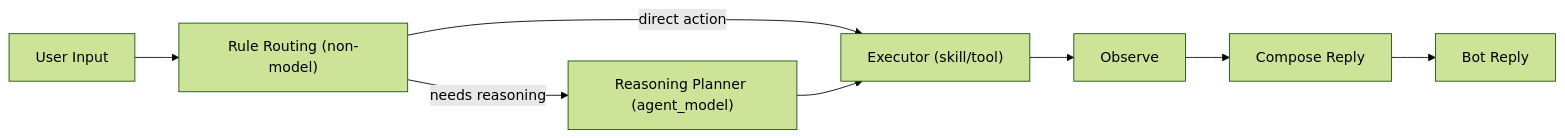
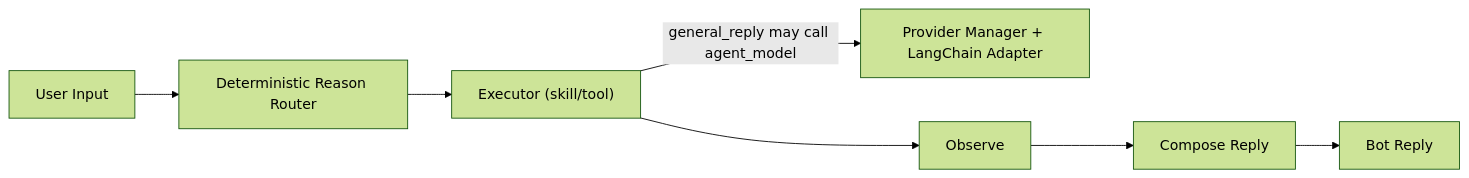
The first of 2 diagrams in docs/agent-runtime-architecture.md (nigelleong0703/teambot), drawn with Mermaid (forest theme) before and after one commit. The commit also changed other lines of this file and 18 other files, not shown here.

Commit message:
refactor: simplify core routing and move model prompt to general_reply tool

````diff
--- a/docs/agent-runtime-architecture.md
+++ b/docs/agent-runtime-architecture.md
@@ -5,10 +5,9 @@
 ```mermaid
 flowchart LR
-  U["User Input"] --> R["Rule Routing (non-model)"]
-  R -->|"direct action"| X["Executor (skill/tool)"]
-  R -->|"needs reasoning"| P["Reasoning Planner (agent_model)"]
-  P --> X
+  U["User Input"] --> R["Deterministic Reason Router"]
+  R --> X["Executor (skill/tool)"]
+  X -->|"general_reply may call agent_model"| M["Provider Manager + LangChain Adapter"]
   X --> O["Observe"]
   O --> C["Compose Reply"]
   C --> U2["Bot Reply"]
 ```
````
